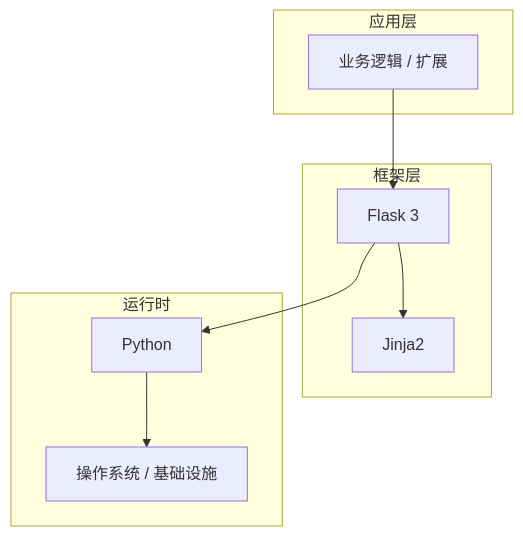
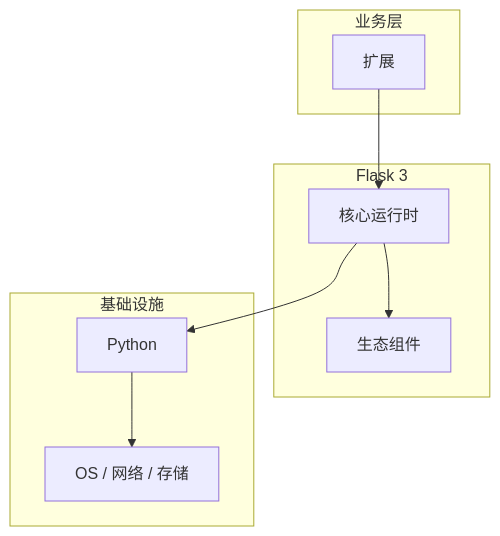
The diagram in articles/Flask/chapters/031-扩展核心概念与原理.md (yanggan2015/knowledge-json-v2), drawn with Mermaid before and after one commit. The commit also changed other lines of this file and 10127 other files, not shown here.

````diff
--- a/articles/Flask/chapters/031-扩展核心概念与原理.md
+++ b/articles/Flask/chapters/031-扩展核心概念与原理.md
@@ -45,18 +34,18 @@
 ```mermaid
 graph TB
-    subgraph 应用层
-        A[业务逻辑 / 扩展]
+    subgraph 业务层
+        A[扩展]
     end
-    subgraph 框架层
-        B[Flask 3]
-        C[Jinja2]
+    subgraph Flask 3
+        B[核心运行时]
+        C[生态组件]
     end
-    subgraph 运行时
+    subgraph 基础设施
         D[Python]
-        E[操作系统 / 基础设施]
+        E[OS / 网络 / 存储]
     end
     A --> B
     B --> C
     B --> D
     D --> E
 ```
````
